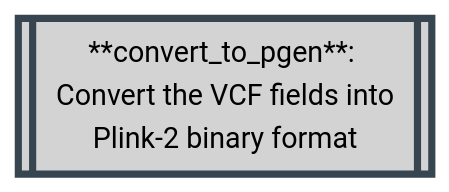
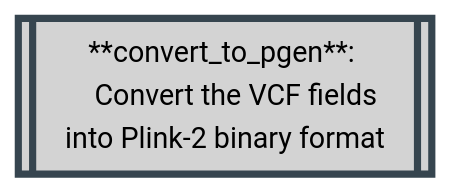
One commit to Tuks-ICMM/Pharmacogenetic-Analysis-Pipeline changed the tenth of 34 diagrams in docs/02-workflow/02-methodology-summary.md. Above: the diagram before and after it, drawn with Mermaid (forest theme). The commit also changed other lines of this file, not shown here.

````diff
--- a/docs/02-workflow/02-methodology-summary.md
+++ b/docs/02-workflow/02-methodology-summary.md
@@ -515,7 +609,8 @@
 ```mermaid
 flowchart TD
     classDef plink stroke:#36454F,fill:#D3D3D3,stroke-width:4px,color:black;
 
-    convert_to_pgen[[**convert_to_pgen**: \n Convert the VCF fields into Plink-2 binary format]]
+    convert_to_pgen[[**convert_to_pgen**: 
+    Convert the VCF fields into Plink-2 binary format]]
     class convert_to_pgen plink;
 ```
````
